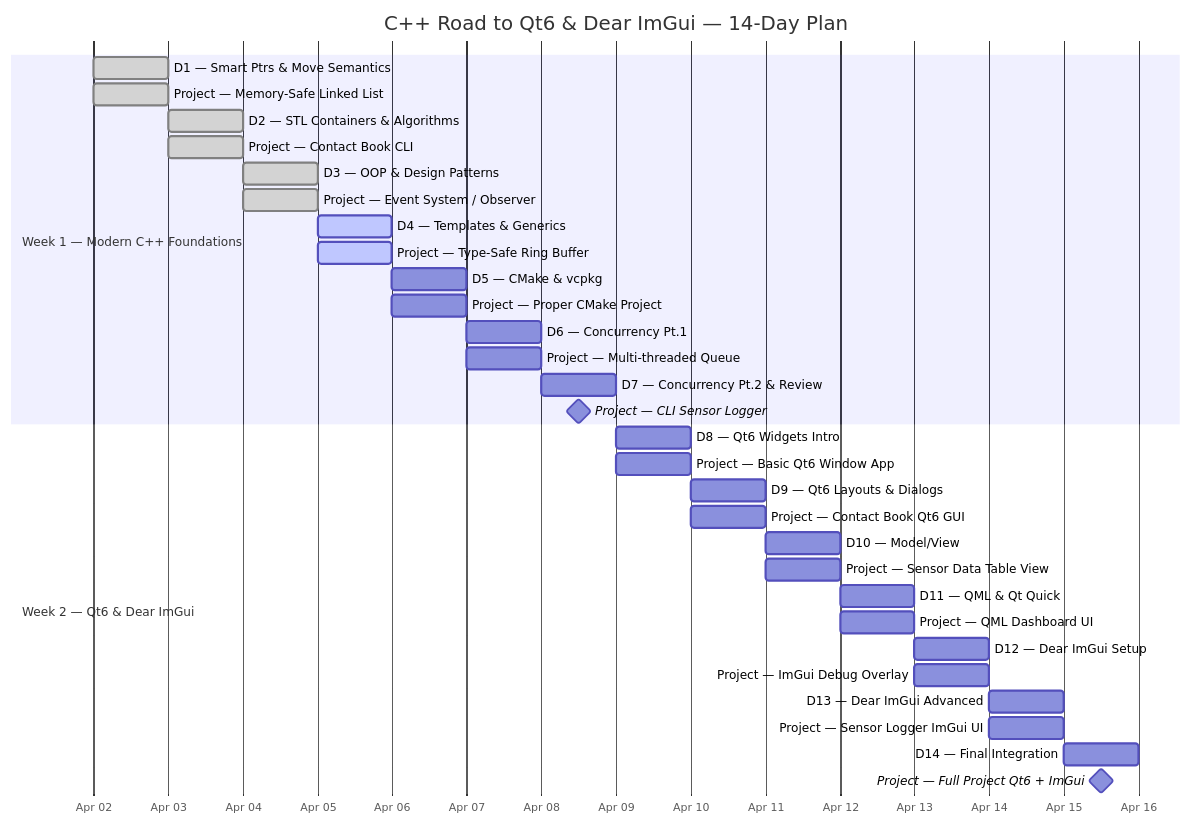
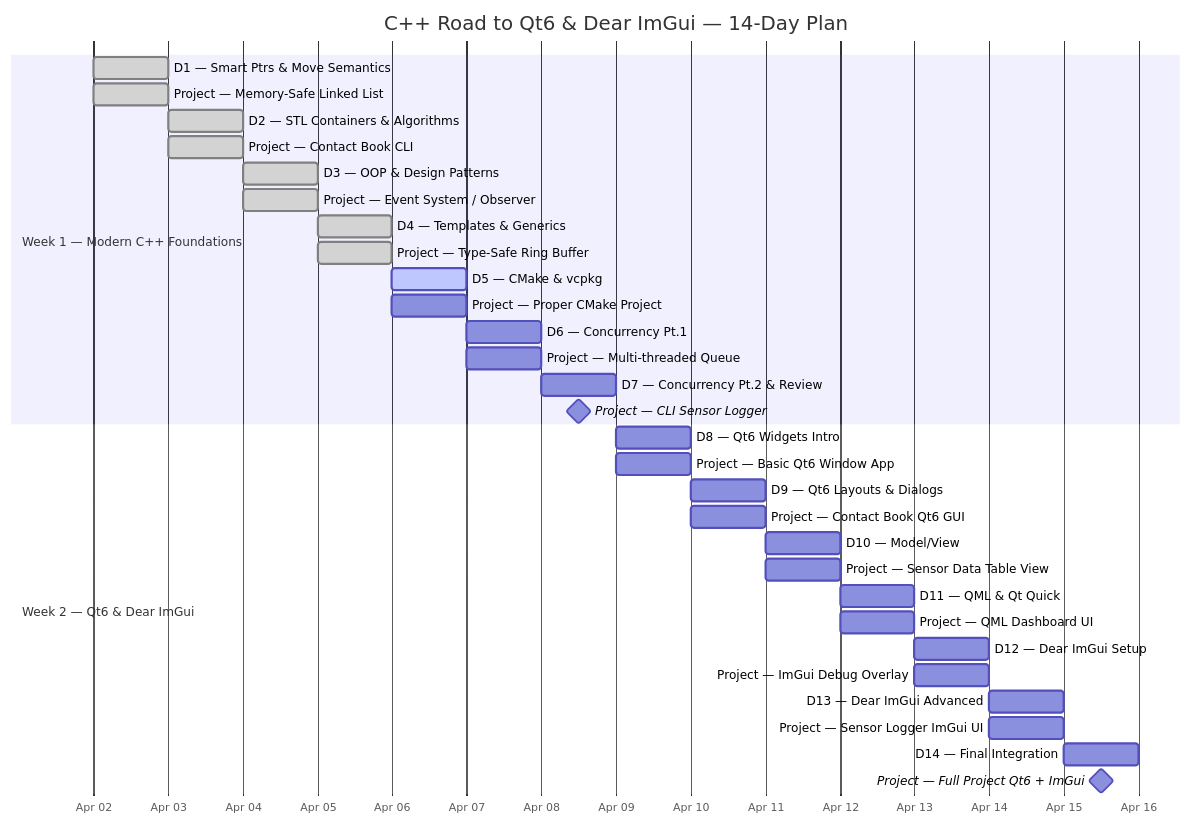
Before and after one commit to Unicorn7141/cpp-tutorial: the diagram in README.md, drawn with Mermaid.

````diff
--- a/README.md
+++ b/README.md
@@ -26,39 +26,39 @@
 ```mermaid
 gantt
     title C++ Road to Qt6 & Dear ImGui — 14-Day Plan
     dateFormat  YYYY-MM-DD
     axisFormat  %b %d
     todayMarker on
 
     section Week 1 — Modern C++ Foundations
     D1 — Smart Ptrs & Move Semantics   :done, 2026-04-02, 1d
     Project — Memory-Safe Linked List   :done, 2026-04-02, 1d
     D2 — STL Containers & Algorithms   :done, 2026-04-03, 1d
     Project — Contact Book CLI   :done, 2026-04-03, 1d
     D3 — OOP & Design Patterns   :done, 2026-04-04, 1d
     Project — Event System / Observer   :done, 2026-04-04, 1d
-    D4 — Templates & Generics   :active, 2026-04-05, 1d
-    Project — Type-Safe Ring Buffer   :active, 2026-04-05, 1d
-    D5 — CMake & vcpkg   :2026-04-06, 1d
-    Project — Proper CMake Project   :2026-04-06, 1d
+    D4 — Templates & Generics   :done, 2026-04-05, 1d
+    Project — Type-Safe Ring Buffer   :done, 2026-04-05, 1d
+    D5 — CMake & vcpkg   :active, 2026-04-06, 1d
+    Project — Proper CMake Project   :active 2026-04-06, 1d
     D6 — Concurrency Pt.1   :2026-04-07, 1d
     Project — Multi-threaded Queue   :2026-04-07, 1d
     D7 — Concurrency Pt.2 & Review   :2026-04-08, 1d
     Project — CLI Sensor Logger   :milestone, 2026-04-08, 1d
 
     section Week 2 — Qt6 & Dear ImGui
     D8 — Qt6 Widgets Intro   :2026-04-09, 1d
     Project — Basic Qt6 Window App   :2026-04-09, 1d
     D9 — Qt6 Layouts & Dialogs   :2026-04-10, 1d
     Project — Contact Book Qt6 GUI   :2026-04-10, 1d
     D10 — Model/View   :2026-04-11, 1d
     Project — Sensor Data Table View   :2026-04-11, 1d
     D11 — QML & Qt Quick   :2026-04-12, 1d
     Project — QML Dashboard UI   :2026-04-12, 1d
     D12 — Dear ImGui Setup   :2026-04-13, 1d
     Project — ImGui Debug Overlay   :2026-04-13, 1d
     D13 — Dear ImGui Advanced   :2026-04-14, 1d
     Project — Sensor Logger ImGui UI   :2026-04-14, 1d
     D14 — Final Integration   :2026-04-15, 1d
     Project — Full Project Qt6 + ImGui   :milestone, 2026-04-15, 1d
 ```
````
